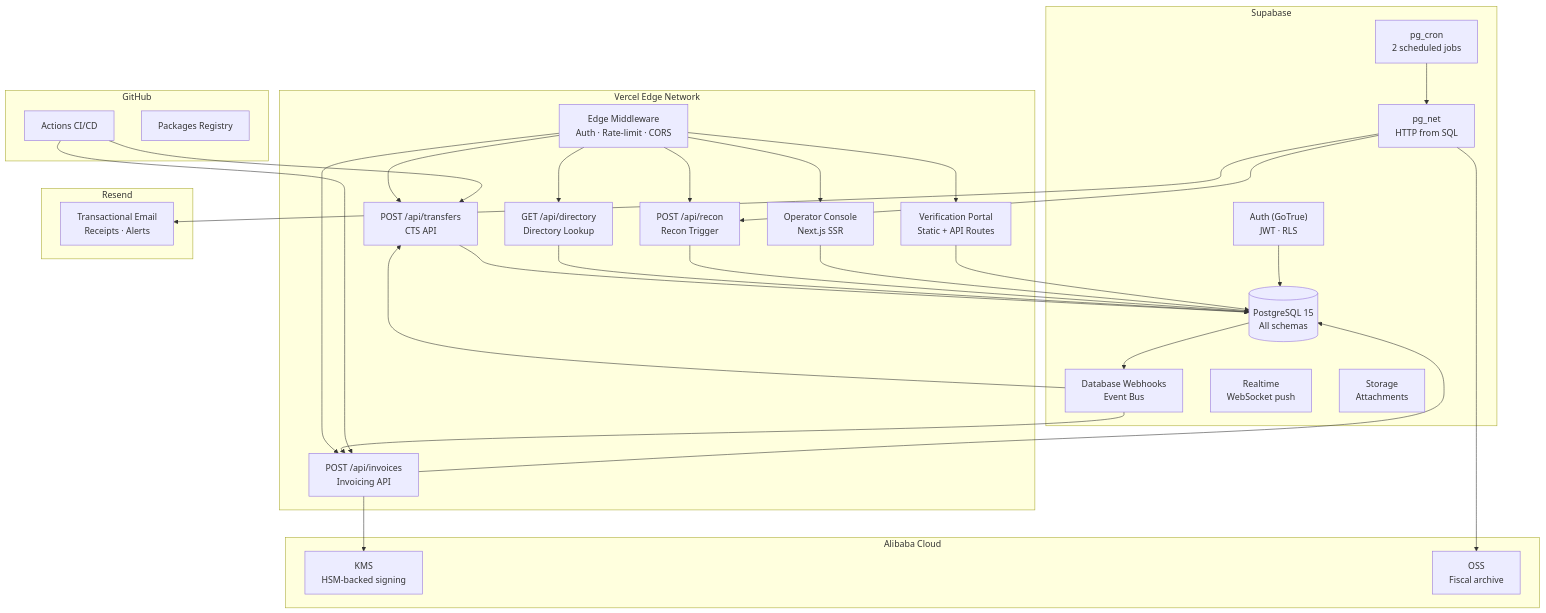
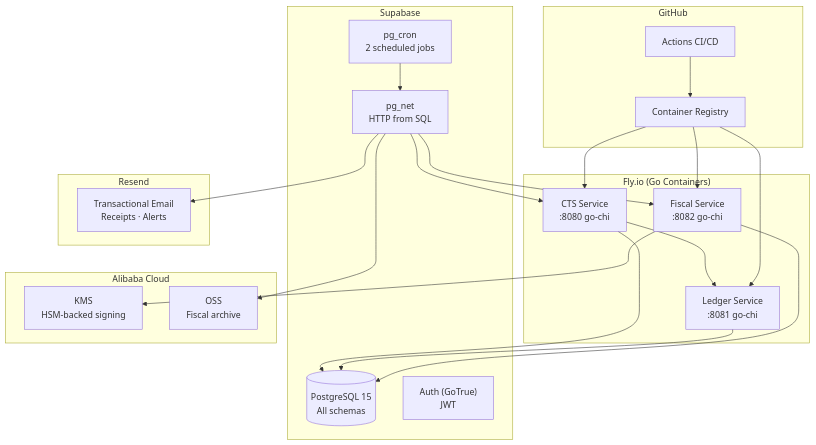
Before and after one commit to stalela/stalela-docs: the first of 4 diagrams in docs/60-infra/free-stack.md, drawn with Mermaid. The commit also changed other lines of this file, not shown here.

First line of the commit message:
docs(infra): update free-stack architecture for Go-only platform

````diff
--- a/docs/60-infra/free-stack.md
+++ b/docs/60-infra/free-stack.md
@@ -19,51 +19,39 @@
 ```mermaid
 graph TB
-    subgraph "Vercel Edge Network"
-        EDGE["Edge Middleware<br/>Auth · Rate-limit · CORS"]
-        API_CTS["POST /api/transfers<br/>CTS API"]
-        API_FISCAL["POST /api/invoices<br/>Invoicing API"]
-        API_DIR["GET /api/directory<br/>Directory Lookup"]
-        API_RECON["POST /api/recon<br/>Recon Trigger"]
-        DASH["Operator Console<br/>Next.js SSR"]
-        PORTAL["Verification Portal<br/>Static + API Routes"]
+    subgraph "Fly.io (Go Containers)"
+        CTS["CTS Service<br/>:8080 go-chi"]
+        LEDGER["Ledger Service<br/>:8081 go-chi"]
+        FISCAL["Fiscal Service<br/>:8082 go-chi"]
     end
 
     subgraph "Supabase"
         DB[("PostgreSQL 15<br/>All schemas")]
-        AUTH["Auth (GoTrue)<br/>JWT · RLS"]
-        WH["Database Webhooks<br/>Event Bus"]
+        AUTH["Auth (GoTrue)<br/>JWT"]
         CRON["pg_cron<br/>2 scheduled jobs"]
         PGNET["pg_net<br/>HTTP from SQL"]
-        RT["Realtime<br/>WebSocket push"]
-        STOR["Storage<br/>Attachments"]
     end
 
     subgraph "Alibaba Cloud"
         KMS["KMS<br/>HSM-backed signing"]
         OSS["OSS<br/>Fiscal archive"]
     end
 
     subgraph "Resend"
         EMAIL["Transactional Email<br/>Receipts · Alerts"]
     end
 
     subgraph "GitHub"
         GHA["Actions CI/CD"]
-        PKG["Packages Registry"]
+        GHCR["Container Registry"]
     end
 
-    EDGE --> API_CTS & API_FISCAL & API_DIR & API_RECON & DASH & PORTAL
-    API_CTS --> DB
-    API_FISCAL --> DB
-    API_FISCAL --> KMS
-    API_DIR --> DB
-    API_RECON --> DB
-    DASH --> DB
-    PORTAL --> DB
-    DB --> WH
-    WH --> API_CTS & API_FISCAL
+    CTS --> DB
+    LEDGER --> DB
+    FISCAL --> DB
+    FISCAL --> KMS
+    CTS --> LEDGER
     CRON --> PGNET
-    PGNET --> API_RECON & OSS & EMAIL
-    AUTH --> DB
-    GHA --> API_CTS & API_FISCAL
+    PGNET --> CTS & FISCAL & OSS & EMAIL
+    GHA --> GHCR
+    GHCR --> CTS & LEDGER & FISCAL
 ```
````
